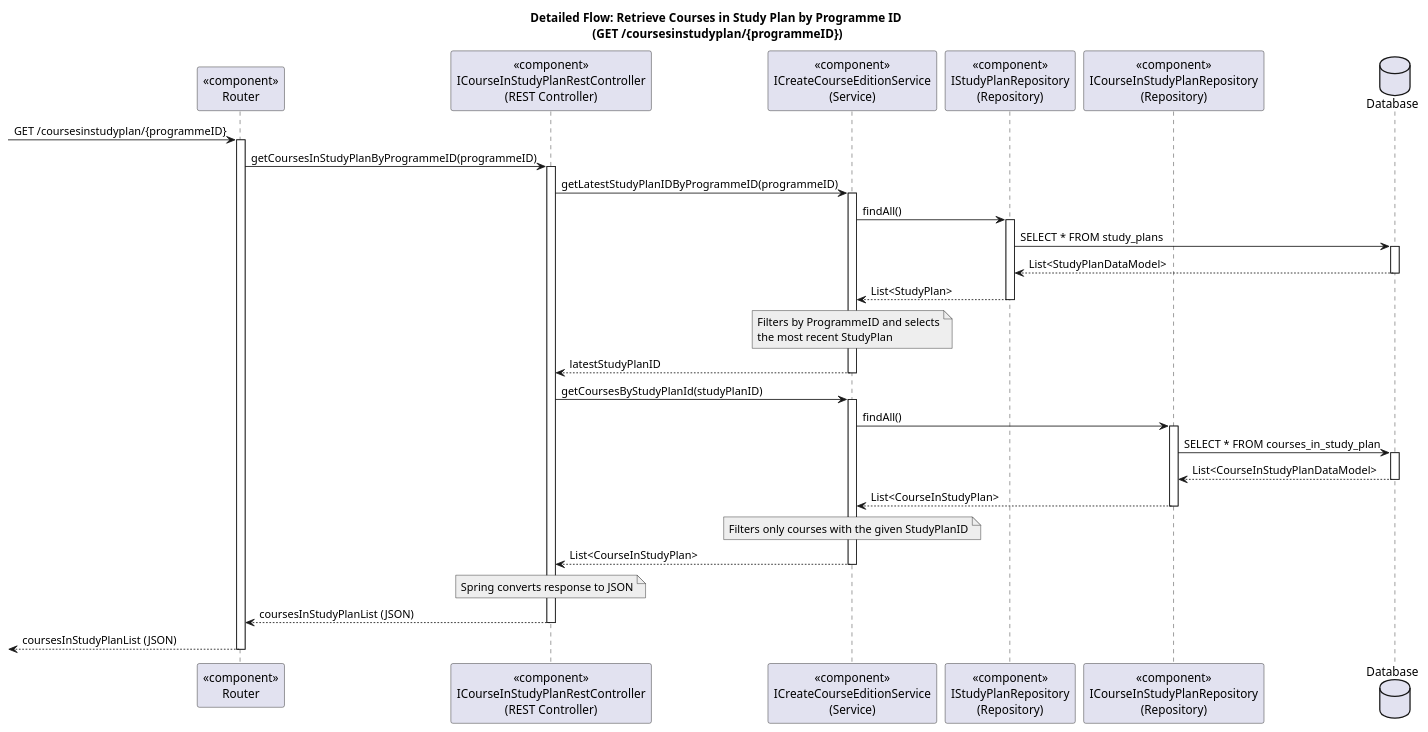
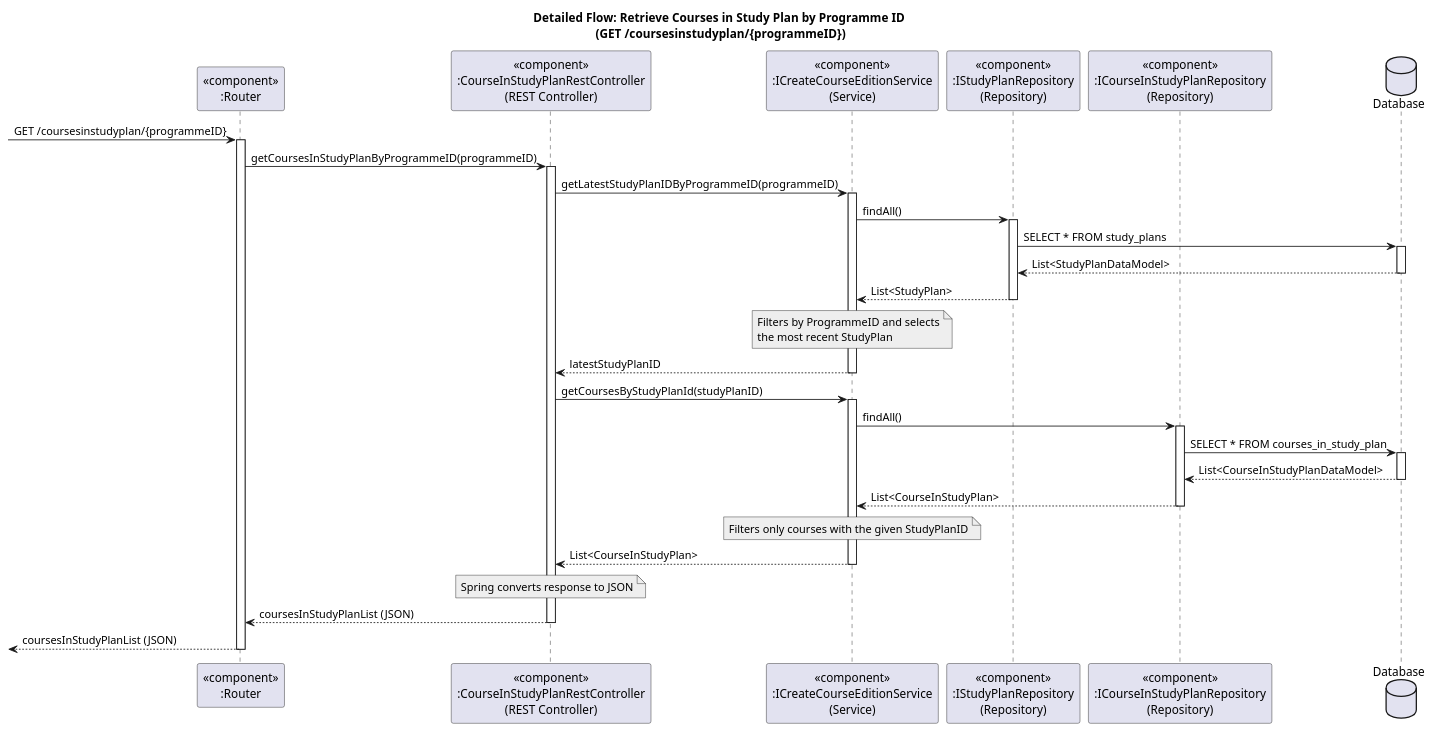
The diagram in docs/US19/Sprint6_RestAPI/ProcessView/references/Reference3_ListOfCoursesInStudyPlan.puml (GasparISEP/DevOps-PAI), drawn with PlantUML before and after one commit. The commit also changed 3 other files, not shown here.

Commit message:
[docs] Small fix: Rename incorrect components in all detailed flow diagrams for createCourseEdition (Level 3 Process View) (Refs: #536, #549)

```diff
--- a/docs/US19/Sprint6_RestAPI/ProcessView/references/Reference3_ListOfCoursesInStudyPlan.puml
+++ b/docs/US19/Sprint6_RestAPI/ProcessView/references/Reference3_ListOfCoursesInStudyPlan.puml
@@ -1,68 +1,68 @@
 @startuml
 title Detailed Flow: Retrieve Courses in Study Plan by Programme ID \n(GET /coursesinstudyplan/{programmeID})
 
-participant "<<component>>\nRouter" as Router
-participant "<<component>>\nICourseInStudyPlanRestController\n(REST Controller)" as Controller
-participant "<<component>>\nICreateCourseEditionService\n(Service)" as Service
-participant "<<component>>\nIStudyPlanRepository\n(Repository)" as StudyPlanRepo
-participant "<<component>>\nICourseInStudyPlanRepository\n(Repository)" as CourseInSPRepo
+participant "<<component>>\n:Router" as Router
+participant "<<component>>\n:CourseInStudyPlanRestController\n(REST Controller)" as Controller
+participant "<<component>>\n:ICreateCourseEditionService\n(Service)" as Service
+participant "<<component>>\n:IStudyPlanRepository\n(Repository)" as StudyPlanRepo
+participant "<<component>>\n:ICourseInStudyPlanRepository\n(Repository)" as CourseInSPRepo
 database "Database" as DB
 
 -> Router: GET /coursesinstudyplan/{programmeID}
 activate Router
 
 Router -> Controller: getCoursesInStudyPlanByProgrammeID(programmeID)
 activate Controller
 
 Controller -> Service: getLatestStudyPlanIDByProgrammeID(programmeID)
 activate Service
 
 Service -> StudyPlanRepo: findAll()
 activate StudyPlanRepo
 
 StudyPlanRepo -> DB: SELECT * FROM study_plans
 activate DB
 DB --> StudyPlanRepo: List<StudyPlanDataModel>
 deactivate DB
 StudyPlanRepo --> Service: List<StudyPlan>
 deactivate StudyPlanRepo
 
 note over Service #EEEEEE
 Filters by ProgrammeID and selects
 the most recent StudyPlan
 end note
 
 Service --> Controller: latestStudyPlanID
 deactivate Service
 
 Controller -> Service: getCoursesByStudyPlanId(studyPlanID)
 activate Service
 
 Service -> CourseInSPRepo: findAll()
 activate CourseInSPRepo
 
 CourseInSPRepo -> DB: SELECT * FROM courses_in_study_plan
 activate DB
 DB --> CourseInSPRepo: List<CourseInStudyPlanDataModel>
 deactivate DB
 CourseInSPRepo --> Service: List<CourseInStudyPlan>
 deactivate CourseInSPRepo
 
 note over Service #EEEEEE
 Filters only courses with the given StudyPlanID
 end note
 
 Service --> Controller: List<CourseInStudyPlan>
 deactivate Service
 
 note over Controller #EEEEEE
 Spring converts response to JSON
 end note
 
 Controller --> Router: coursesInStudyPlanList (JSON)
 deactivate Controller
 
 <-- Router: coursesInStudyPlanList (JSON)
 deactivate Router
 
 @enduml
```
